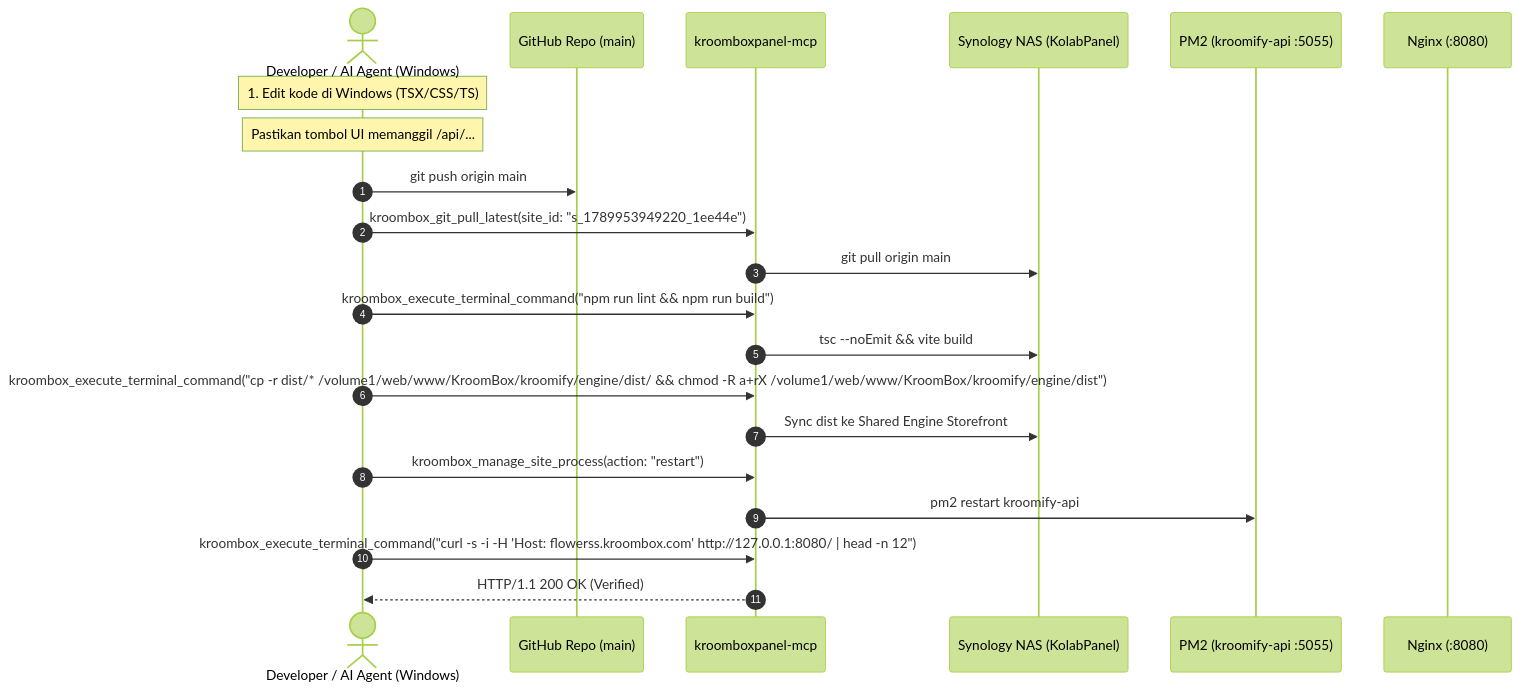
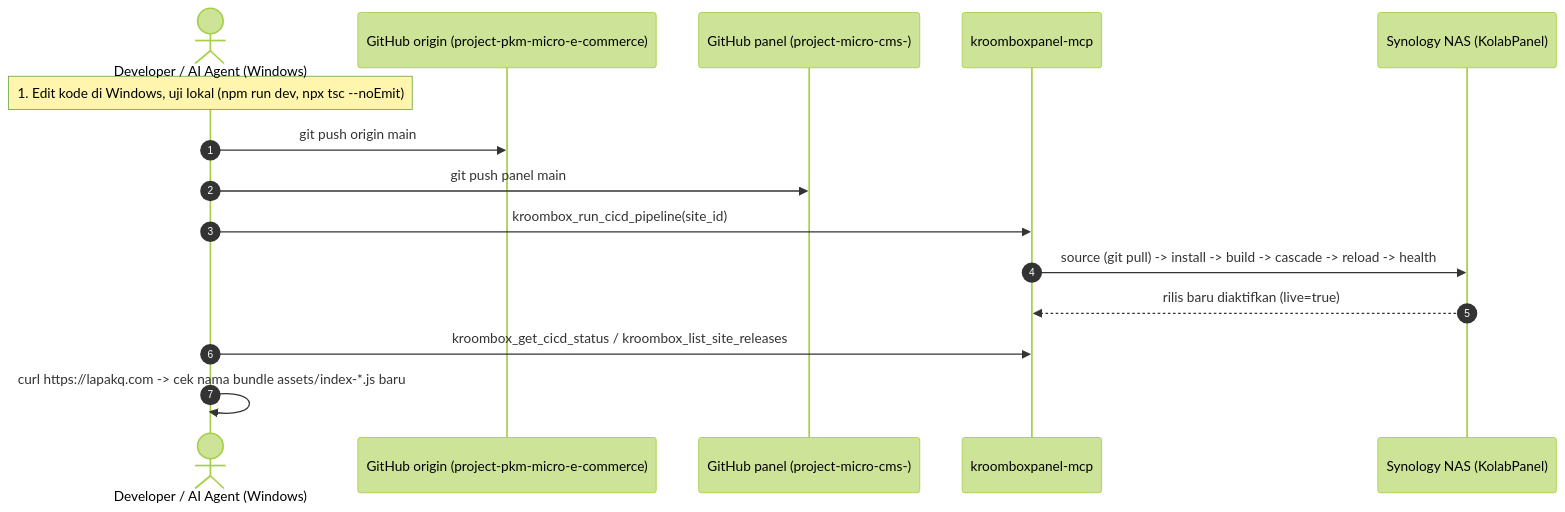
One commit to ameliawaruwu/project-micro-cms- changed the diagram in AGENTS.md. Above: the diagram before and after it, drawn with Mermaid (forest theme). The commit also changed other lines of this file, not shown here.

First line of the commit message:
docs(agents): perbarui alur deploy KroomBox panel sesuai kondisi terverifikasi

````diff
--- a/AGENTS.md
+++ b/AGENTS.md
@@ -134,29 +151,18 @@
 ```mermaid
 sequenceDiagram
     autonumber
     actor Dev as Developer / AI Agent (Windows)
-    participant Git as GitHub Repo (main)
+    participant Origin as GitHub origin (project-pkm-micro-e-commerce)
+    participant Panel as GitHub panel (project-micro-cms-)
     participant MCP as kroomboxpanel-mcp
     participant NAS as Synology NAS (KolabPanel)
-    participant PM2 as PM2 (kroomify-api :5055)
-    participant Nginx as Nginx (:8080)
 
-    Note over Dev: 1. Edit kode di Windows (TSX/CSS/TS)
-    Note over Dev: Pastikan tombol UI memanggil /api/...
-    Dev->>Git: git push origin main
-    
-    Dev->>MCP: kroombox_git_pull_latest(site_id: "s_1789953949220_1ee44e")
-    MCP->>NAS: git pull origin main
-    
-    Dev->>MCP: kroombox_execute_terminal_command("npm run lint && npm run build")
-    MCP->>NAS: tsc --noEmit && vite build
-    
-    Dev->>MCP: kroombox_execute_terminal_command("cp -r dist/* /volume1/web/www/KroomBox/kroomify/engine/dist/ && chmod -R a+rX /volume1/web/www/KroomBox/kroomify/engine/dist")
-    MCP->>NAS: Sync dist ke Shared Engine Storefront
-    
-    Dev->>MCP: kroombox_manage_site_process(action: "restart")
-    MCP->>PM2: pm2 restart kroomify-api
-    
-    Dev->>MCP: kroombox_execute_terminal_command("curl -s -i -H 'Host: flowerss.kroombox.com' http://127.0.0.1:8080/ | head -n 12")
-    MCP-->>Dev: HTTP/1.1 200 OK (Verified)
+    Note over Dev: 1. Edit kode di Windows, uji lokal (npm run dev, npx tsc --noEmit)
+    Dev->>Origin: git push origin main
+    Dev->>Panel: git push panel main
+    Dev->>MCP: kroombox_run_cicd_pipeline(site_id)
+    MCP->>NAS: source (git pull) -> install -> build -> cascade -> reload -> health
+    NAS-->>MCP: rilis baru diaktifkan (live=true)
+    Dev->>MCP: kroombox_get_cicd_status / kroombox_list_site_releases
+    Dev->>Dev: curl https://lapakq.com -> cek nama bundle assets/index-*.js baru
 ```
````
